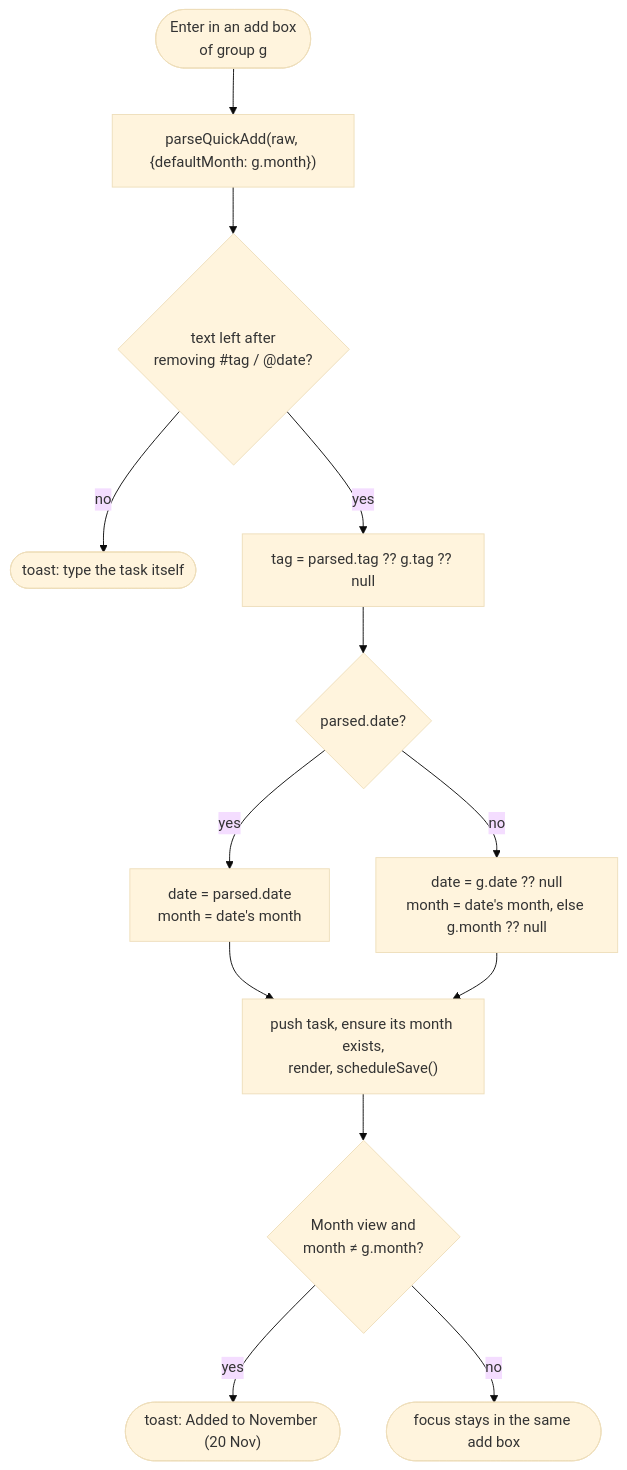
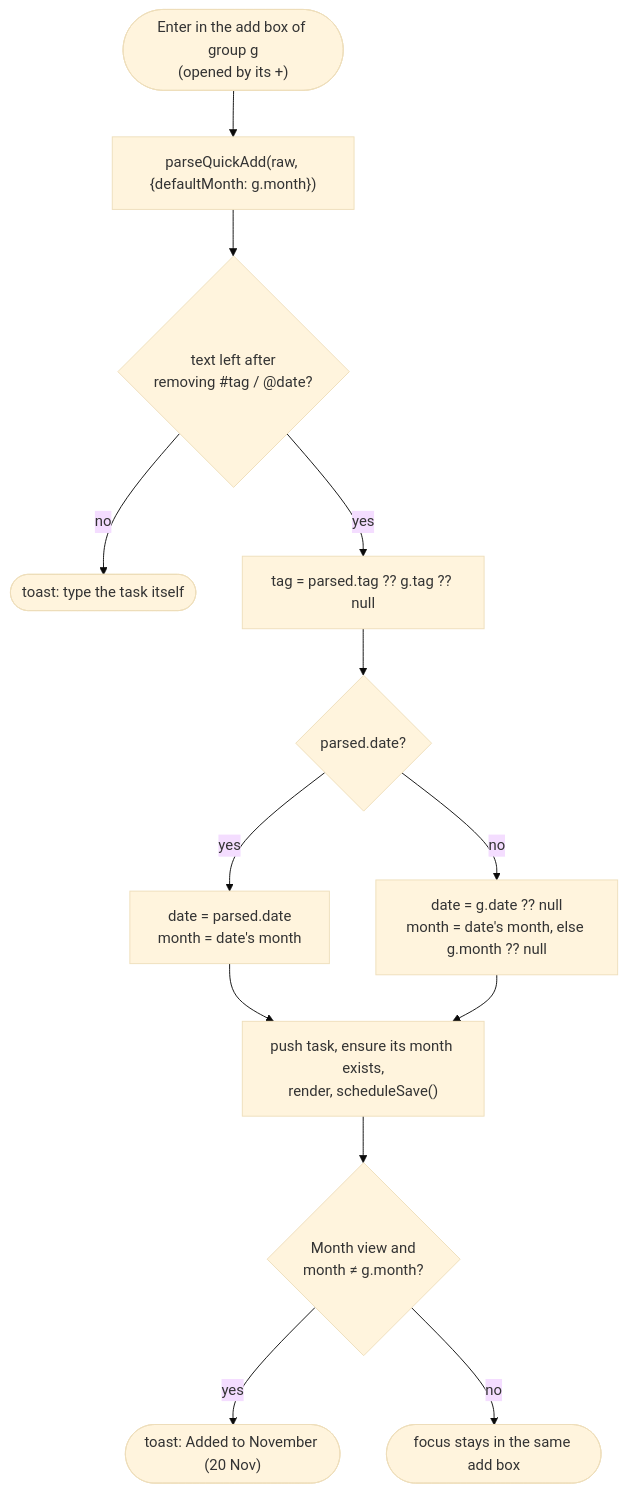
Before and after one commit to Akshat-Gupta-2005/27_OneNote: the third of 5 diagrams in docs/7_uml/7.6_activity.md, drawn with Mermaid (base theme). The commit also changed other lines of this file and 12 other files, not shown here.

First line of the commit message:
Planner "No month" group, start.bat launcher, architecture v6-v8

````diff
--- a/docs/7_uml/7.6_activity.md
+++ b/docs/7_uml/7.6_activity.md
@@ -53,15 +53,15 @@
 ```mermaid
 flowchart TD
-  IN(["Enter in an add box<br/>of group g"]) --> P["parseQuickAdd(raw, {defaultMonth: g.month})"]
+  IN(["Enter in the add box of group g<br/>(opened by its +)"]) --> P["parseQuickAdd(raw, {defaultMonth: g.month})"]
   P --> TXT{"text left after<br/>removing #tag / @date?"}
   TXT -->|no| T0(["toast: type the task itself"])
   TXT -->|yes| TAG["tag = parsed.tag ?? g.tag ?? null"]
   TAG --> D{"parsed.date?"}
   D -->|yes| D1["date = parsed.date<br/>month = date's month"]
   D -->|no| D2["date = g.date ?? null<br/>month = date's month, else g.month ?? null"]
   D1 --> ADD["push task, ensure its month exists,<br/>render, scheduleSave()"]
   D2 --> ADD
   ADD --> MOV{"Month view and<br/>month ≠ g.month?"}
   MOV -->|yes| TO(["toast: Added to November (20 Nov)"])
   MOV -->|no| DONE(["focus stays in the same add box"])
 ```
````
